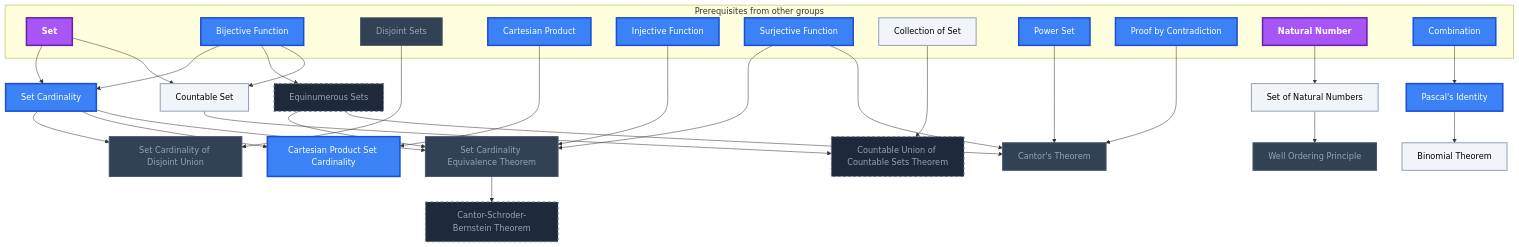
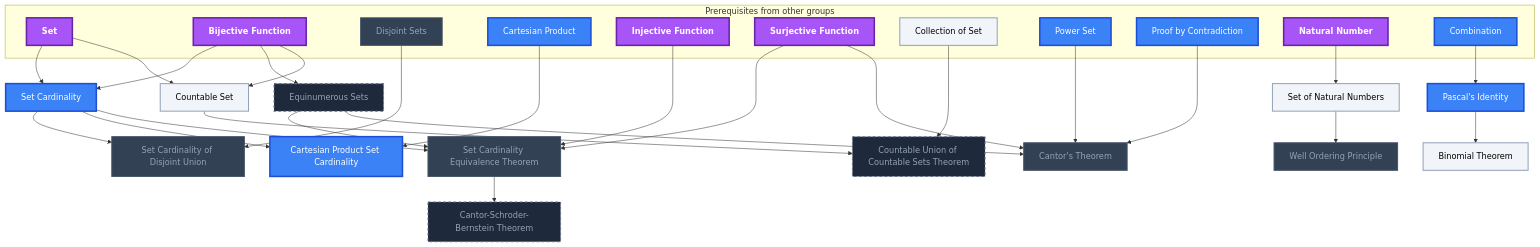
The seventh of 7 diagrams in Gamification/Skill Trees/Discrete Mathematics.md (MRauf1/My-Notes), drawn with Mermaid before and after one commit. The commit also changed other lines of this file and 57 other files, not shown here.

````diff
--- a/Gamification/Skill Trees/Discrete Mathematics.md
+++ b/Gamification/Skill Trees/Discrete Mathematics.md
@@ -432,68 +431,68 @@
 ```mermaid
 flowchart TD
     classDef planned fill:#1E293B,stroke:#64748B,stroke-width:2px,stroke-dasharray:5 5,color:#94A3B8;
     classDef locked fill:#334155,stroke:#475569,stroke-width:2px,color:#94A3B8;
     classDef L0 fill:#F1F5F9,stroke:#94A3B8,stroke-width:2px,color:#000000;
     classDef L1 fill:#22C55E,stroke:#15803D,stroke-width:2px,color:#000000;
     classDef L2 fill:#3B82F6,stroke:#1D4ED8,stroke-width:3px,color:#FFFFFF;
     classDef L3 fill:#A855F7,stroke:#6B21A8,stroke-width:3px,color:#FFFFFF,font-weight:bold;
     classDef L4 fill:#F97316,stroke:#C2410C,stroke-width:4px,color:#000000,font-weight:bold;
     classDef L5 fill:#FFD700,stroke:#FF8C00,stroke-width:5px,color:#000000,font-weight:bold;
     classDef rusty stroke:#8B4513,stroke-width:4px,stroke-dasharray:3 3;
     subgraph sg_prereqs["Prerequisites from other groups"]
         n_set["Set"]
         n_bijective_function["Bijective Function"]
         n_disjoint_sets["Disjoint Sets"]
         n_cartesian_product["Cartesian Product"]
         n_injective_function["Injective Function"]
         n_surjective_function["Surjective Function"]
         n_collection_of_set["Collection of Set"]
         n_power_set["Power Set"]
         n_proof_by_contradiction["Proof by Contradiction"]
         n_natural_number["Natural Number"]
         n_combination["Combination"]
     end
     n_set_cardinality["Set Cardinality"]
     n_set_cardinality_of_disjoint_union["Set Cardinality of Disjoint Union"]
     n_cartesian_product_set_cardinality["Cartesian Product Set Cardinality"]
     n_equinumerous_sets["Equinumerous Sets"]
     n_set_cardinality_equivalence_theorem["Set Cardinality Equivalence Theorem"]
     n_countable_union_of_countable_sets_theorem["Countable Union of Countable Sets Theorem"]
     n_cantor_s_theorem["Cantor's Theorem"]
     n_cantor_schroder_bernstein_theorem["Cantor-Schroder-Bernstein Theorem"]
     n_set_of_natural_numbers["Set of Natural Numbers"]
     n_well_ordering_principle["Well Ordering Principle"]
     n_pascal_s_identity["Pascal's Identity"]
     n_binomial_theorem["Binomial Theorem"]
     n_countable_set["Countable Set"]
     n_set --> n_set_cardinality
     n_bijective_function --> n_set_cardinality
     n_set_cardinality --> n_set_cardinality_of_disjoint_union
     n_disjoint_sets --> n_set_cardinality_of_disjoint_union
     n_set_cardinality --> n_cartesian_product_set_cardinality
     n_cartesian_product --> n_cartesian_product_set_cardinality
     n_bijective_function --> n_equinumerous_sets
     n_set_cardinality --> n_set_cardinality_equivalence_theorem
     n_equinumerous_sets --> n_set_cardinality_equivalence_theorem
     n_injective_function --> n_set_cardinality_equivalence_theorem
     n_surjective_function --> n_set_cardinality_equivalence_theorem
     n_countable_set --> n_countable_union_of_countable_sets_theorem
     n_collection_of_set --> n_countable_union_of_countable_sets_theorem
     n_power_set --> n_cantor_s_theorem
     n_equinumerous_sets --> n_cantor_s_theorem
     n_proof_by_contradiction --> n_cantor_s_theorem
     n_set_cardinality_equivalence_theorem --> n_cantor_schroder_bernstein_theorem
     n_natural_number --> n_set_of_natural_numbers
     n_set_of_natural_numbers --> n_well_ordering_principle
     n_combination --> n_pascal_s_identity
     n_pascal_s_identity --> n_binomial_theorem
     n_bijective_function --> n_countable_set
     n_set --> n_countable_set
     n_surjective_function --> n_cantor_s_theorem
     class n_equinumerous_sets,n_countable_union_of_countable_sets_theorem,n_cantor_schroder_bernstein_theorem planned;
     class n_disjoint_sets,n_set_cardinality_of_disjoint_union,n_set_cardinality_equivalence_theorem,n_cantor_s_theorem,n_well_ordering_principle locked;
     class n_collection_of_set,n_set_of_natural_numbers,n_binomial_theorem,n_countable_set L0;
-    class n_bijective_function,n_cartesian_product,n_injective_function,n_surjective_function,n_power_set,n_proof_by_contradiction,n_combination,n_set_cardinality,n_cartesian_product_set_cardinality,n_pascal_s_identity L2;
-    class n_set,n_natural_number L3;
+    class n_cartesian_product,n_power_set,n_proof_by_contradiction,n_combination,n_set_cardinality,n_cartesian_product_set_cardinality,n_pascal_s_identity L2;
+    class n_set,n_bijective_function,n_injective_function,n_surjective_function,n_natural_number L3;
     class n_set,n_bijective_function,n_disjoint_sets,n_cartesian_product,n_injective_function,n_surjective_function,n_collection_of_set,n_power_set,n_proof_by_contradiction,n_natural_number,n_combination,n_set_cardinality,n_set_cardinality_of_disjoint_union,n_cartesian_product_set_cardinality,n_set_cardinality_equivalence_theorem,n_cantor_s_theorem,n_set_of_natural_numbers,n_well_ordering_principle,n_pascal_s_identity,n_binomial_theorem,n_countable_set internal-link;
 ```
````
